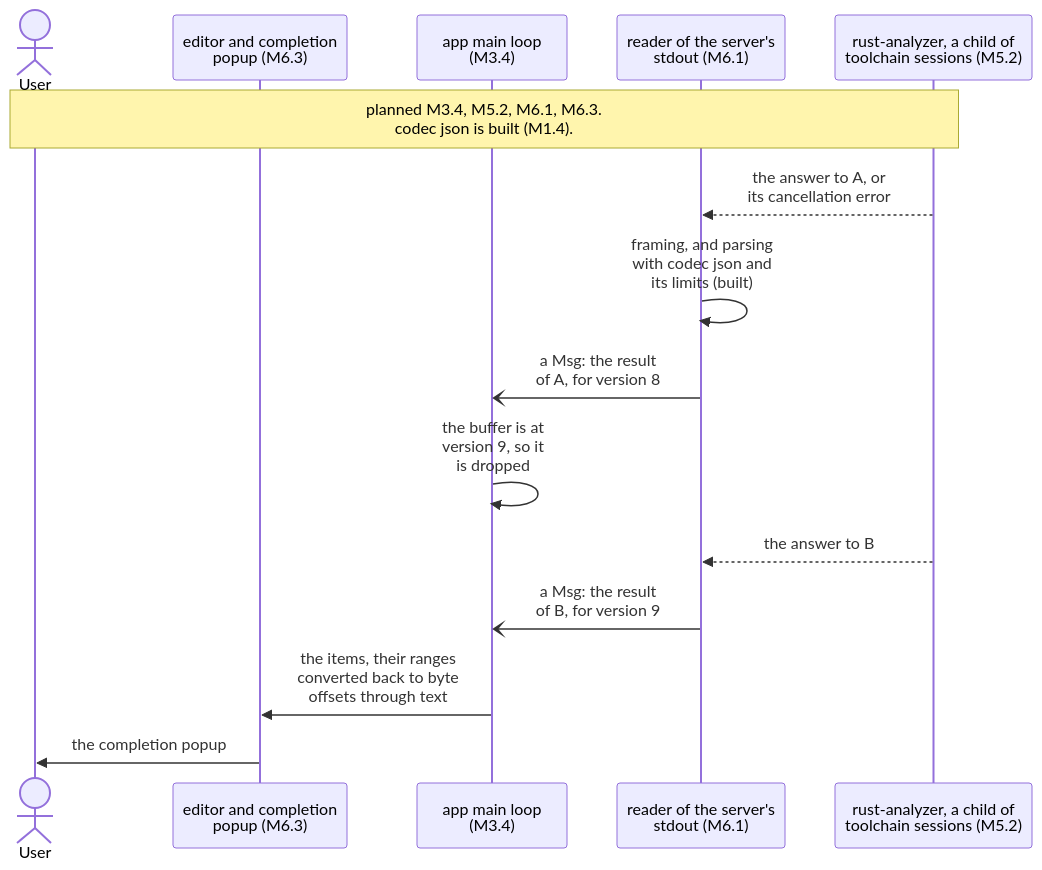
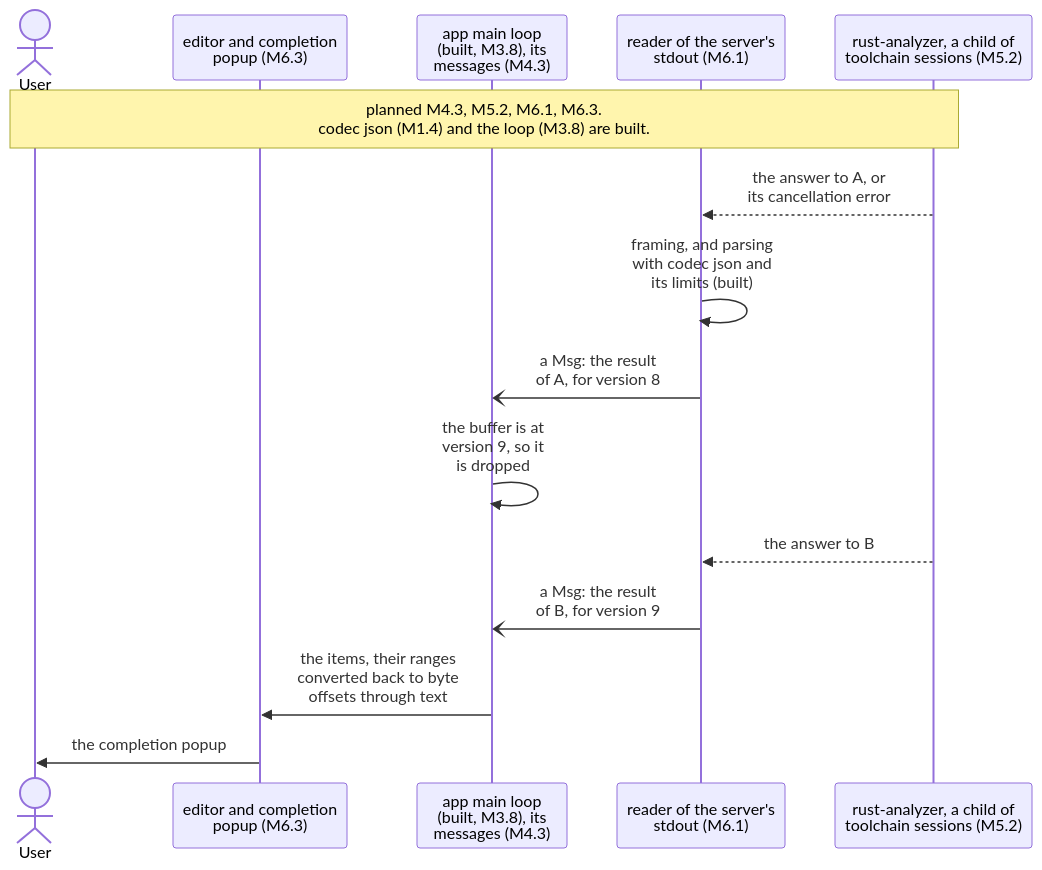
Diagram 16 of 24 in diagrams/sequence-diagrams.md (jabbott-iii/Tidepool), drawn with Mermaid before and after one commit. The commit also changed other lines of this file and 27 other files, not shown here.

First line of the commit message:
feat(gui,app)!: the event-driven main loop (M3.8, ADR-0059)

````diff
--- a/diagrams/sequence-diagrams.md
+++ b/diagrams/sequence-diagrams.md
@@ -762,18 +759,18 @@
 ```mermaid
 sequenceDiagram
     actor User
     participant Ed as editor and completion<br/>popup (M6.3)
-    participant ML as app main loop<br/>(M3.4)
+    participant ML as app main loop<br/>(built, M3.8), its<br/>messages (M4.3)
     participant Rd as reader of the server's<br/>stdout (M6.1)
     participant Ra as rust-analyzer, a child of<br/>toolchain sessions (M5.2)
 
-    Note over User,Ra: planned M3.4, M5.2, M6.1, M6.3.<br/>codec json is built (M1.4).
+    Note over User,Ra: planned M4.3, M5.2, M6.1, M6.3.<br/>codec json (M1.4) and the loop (M3.8) are built.
     Ra-->>Rd: the answer to A, or<br/>its cancellation error
     Rd->>Rd: framing, and parsing<br/>with codec json and<br/>its limits (built)
     Rd-)ML: a Msg: the result<br/>of A, for version 8
     ML->>ML: the buffer is at<br/>version 9, so it<br/>is dropped
     Ra-->>Rd: the answer to B
     Rd-)ML: a Msg: the result<br/>of B, for version 9
     ML->>Ed: the items, their ranges<br/>converted back to byte<br/>offsets through text
     Ed->>User: the completion popup
 ```
````
